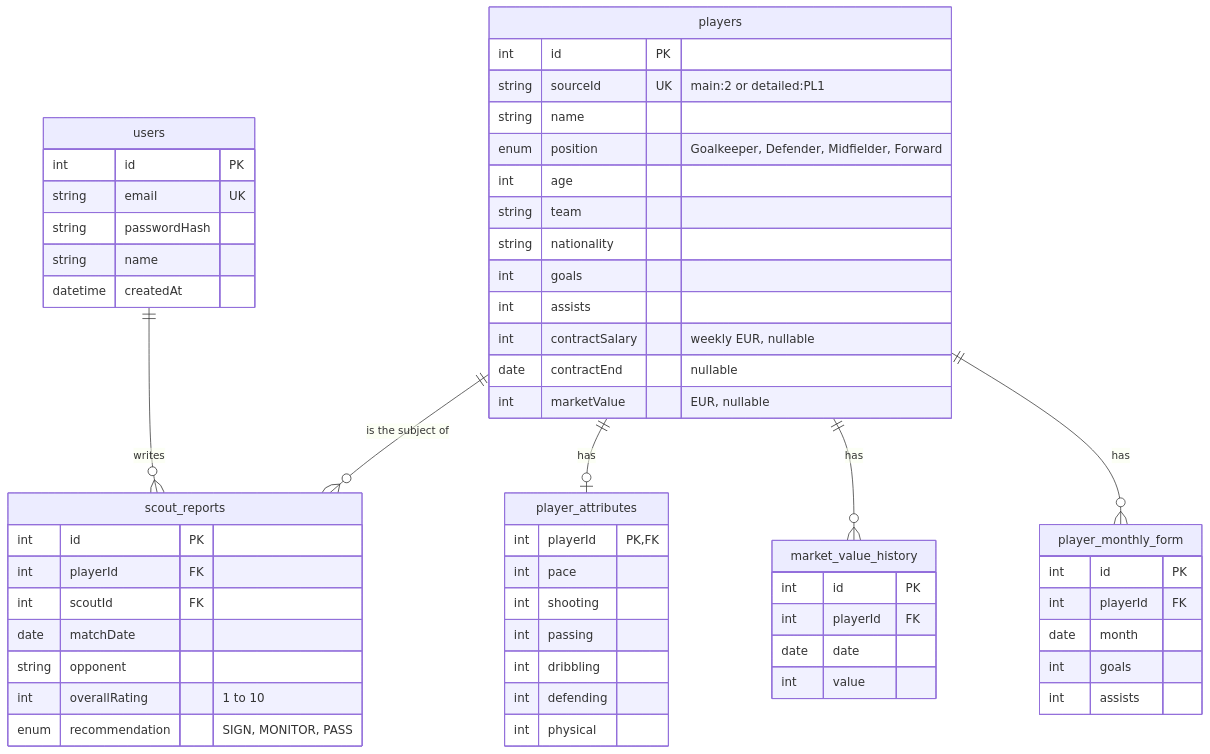
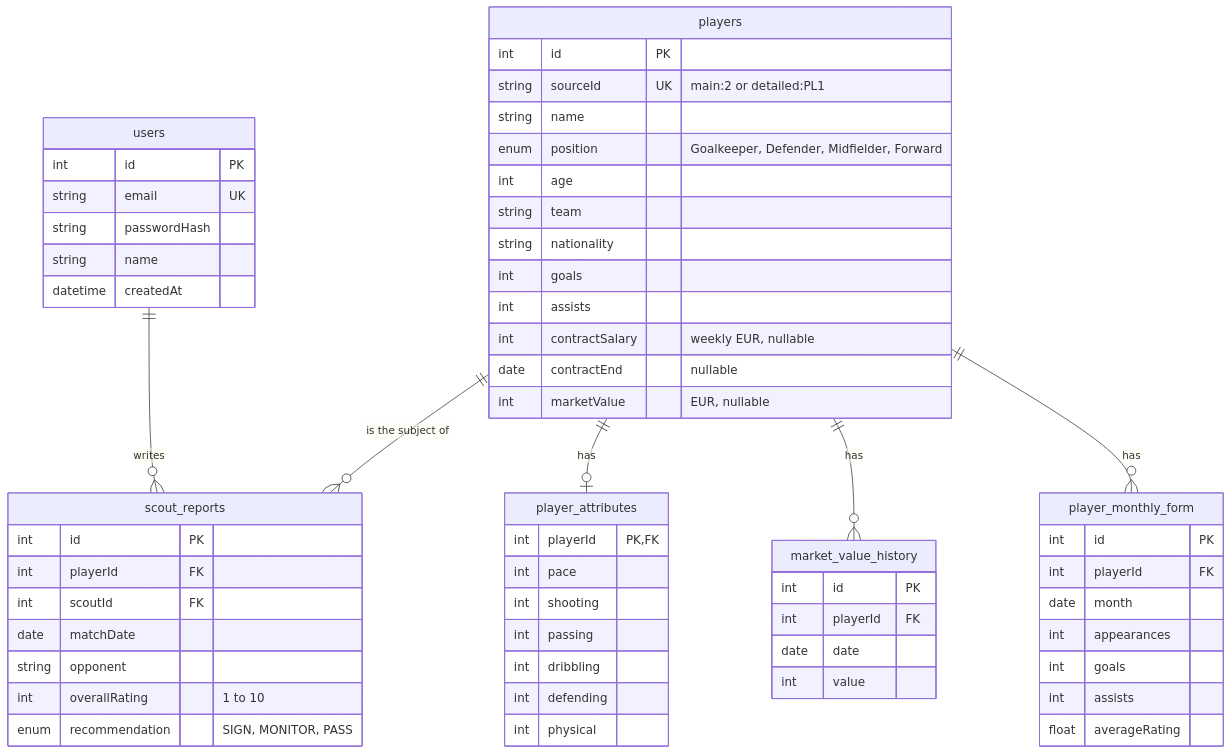
The diagram in docs/database-schema.md (krisverbnu/ase-athletics-assessment), drawn with Mermaid before and after one commit. The commit also changed 7 other files, not shown here.

````diff
--- a/docs/database-schema.md
+++ b/docs/database-schema.md
@@ -7,61 +7,63 @@
 ```mermaid
 erDiagram
     users ||--o{ scout_reports : "writes"
     players ||--o{ scout_reports : "is the subject of"
     players ||--o| player_attributes : "has"
     players ||--o{ market_value_history : "has"
     players ||--o{ player_monthly_form : "has"
 
     users {
         int id PK
         string email UK
         string passwordHash
         string name
         datetime createdAt
     }
     players {
         int id PK
         string sourceId UK "main:2 or detailed:PL1"
         string name
         enum position "Goalkeeper, Defender, Midfielder, Forward"
         int age
         string team
         string nationality
         int goals
         int assists
         int contractSalary "weekly EUR, nullable"
         date contractEnd "nullable"
         int marketValue "EUR, nullable"
     }
     player_attributes {
         int playerId PK, FK
         int pace
         int shooting
         int passing
         int dribbling
         int defending
         int physical
     }
     market_value_history {
         int id PK
         int playerId FK
         date date
         int value
     }
     player_monthly_form {
         int id PK
         int playerId FK
         date month
+        int appearances
         int goals
         int assists
+        float averageRating
     }
     scout_reports {
         int id PK
         int playerId FK
         int scoutId FK
         date matchDate
         string opponent
         int overallRating "1 to 10"
         enum recommendation "SIGN, MONITOR, PASS"
     }
 ```
````
